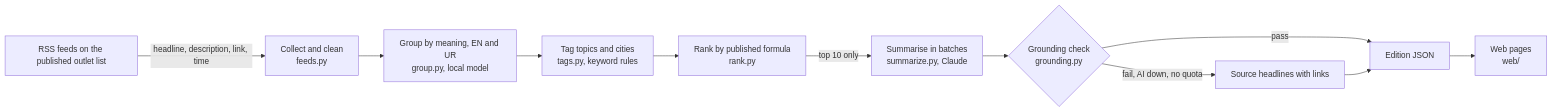
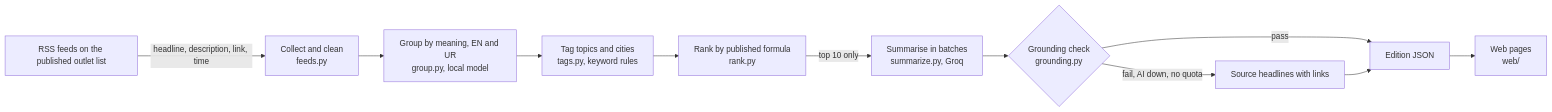
The diagram in docs/design.md (AhmadHassanSE/se-max-hackathon), drawn with Mermaid before and after one commit. The commit also changed other lines of this file and 10 other files, not shown here.

````diff
--- a/docs/design.md
+++ b/docs/design.md
@@ -5,12 +5,12 @@
 ```mermaid
 flowchart LR
   F[RSS feeds on the published outlet list] -->|headline, description, link, time| C[Collect and clean<br/>feeds.py]
   C --> G[Group by meaning, EN and UR<br/>group.py, local model]
   G --> T[Tag topics and cities<br/>tags.py, keyword rules]
   T --> R[Rank by published formula<br/>rank.py]
-  R -->|top 10 only| S[Summarise in batches<br/>summarize.py, Claude]
+  R -->|top 10 only| S[Summarise in batches<br/>summarize.py, Groq]
   S --> K{Grounding check<br/>grounding.py}
   K -->|pass| E[Edition JSON]
   K -->|fail, AI down, no quota| H[Source headlines with links] --> E
   E --> W[Web pages<br/>web/]
 ```
````
